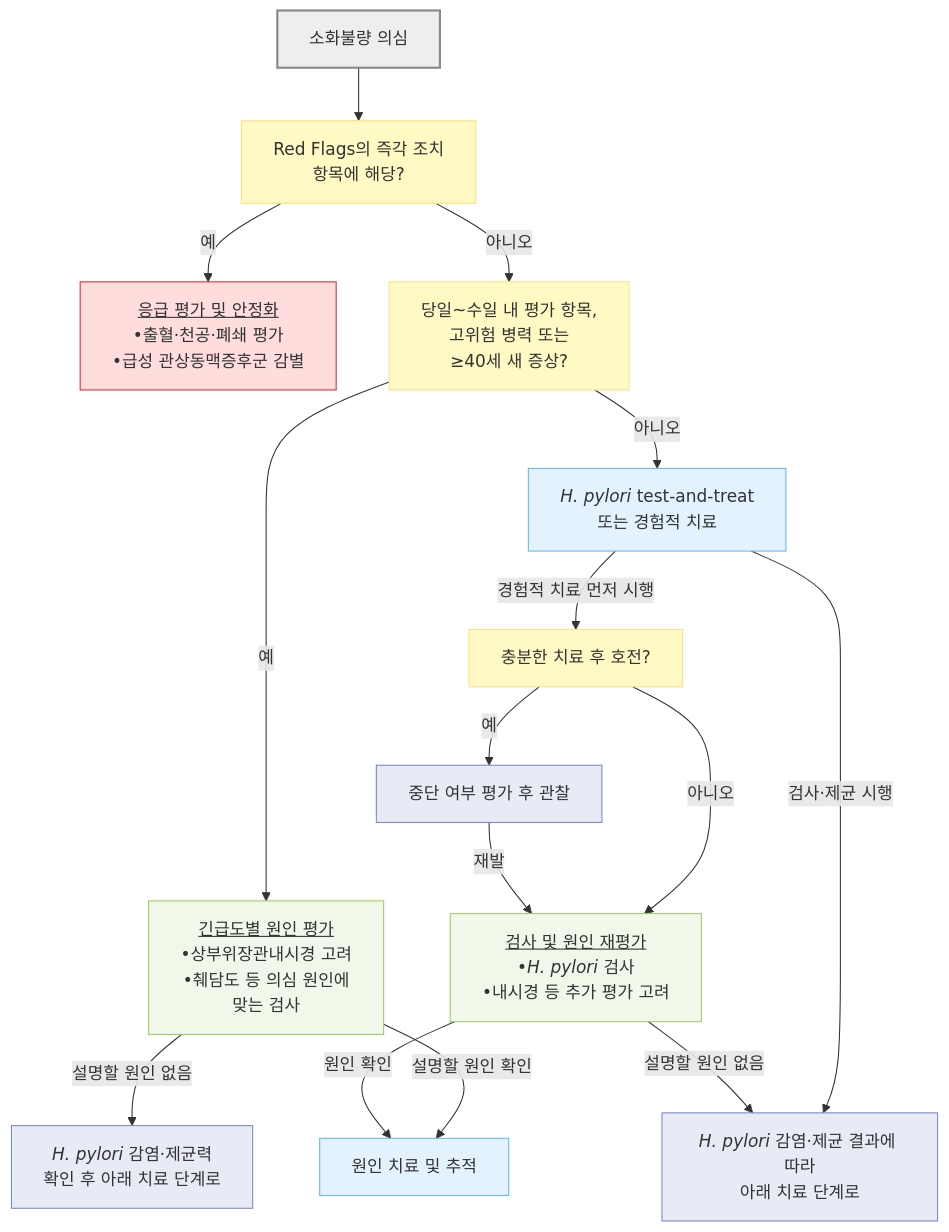
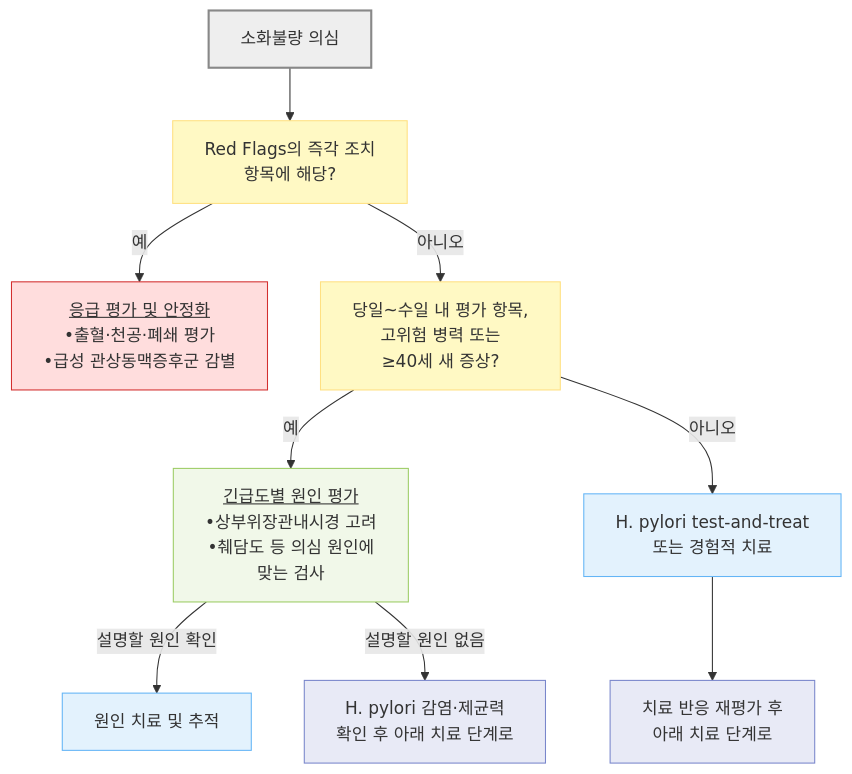
Before and after one commit to familyoh77/familyoh77: the first of 2 diagrams in 224_/075_-indigestion-dyspepsia.md, drawn with Mermaid. The commit also changed other lines of this file and 1 other file, not shown here.

````diff
--- a/224_/075_-indigestion-dyspepsia.md
+++ b/224_/075_-indigestion-dyspepsia.md
@@ -293,28 +292,22 @@
 ```mermaid
 flowchart TD
     A["소화불량 의심"] --> B["Red Flags의 즉각 조치<br/>항목에 해당?"]
     B -- "예" --> C["<u>응급 평가 및 안정화</u><br/>•출혈·천공·폐쇄 평가<br/>•급성 관상동맥증후군 감별"]
     B -- "아니오" --> D["당일~수일 내 평가 항목,<br/>고위험 병력 또는<br/>≥40세 새 증상?"]
     D -- "예" --> E["<u>긴급도별 원인 평가</u><br/>•상부위장관내시경 고려<br/>•췌담도 등 의심 원인에<br/>맞는 검사"]
-    D -- "아니오" --> F["<i>H. pylori</i> test-and-treat<br/>또는 경험적 치료"]
+    D -- "아니오" --> F["H. pylori test-and-treat<br/>또는 경험적 치료"]
     E -- "설명할 원인 확인" --> G["원인 치료 및 추적"]
-    E -- "설명할 원인 없음" --> H["<i>H. pylori</i> 감염·제균력<br/>확인 후 아래 치료 단계로"]
-    F -- "검사·제균 시행" --> I["<i>H. pylori</i> 감염·제균 결과에 따라<br/>아래 치료 단계로"]
-    F -- "경험적 치료 먼저 시행" --> J["충분한 치료 후 호전?"]
-    J -- "예" --> K["중단 여부 평가 후 관찰"]
-    J -- "아니오" --> L["<u>검사 및 원인 재평가</u><br/>•<i>H. pylori</i> 검사<br/>•내시경 등 추가 평가 고려"]
-    K -- "재발" --> L
-    L -- "설명할 원인 없음" --> I
-    L -- "원인 확인" --> G
+    E -- "설명할 원인 없음" --> H["H. pylori 감염·제균력<br/>확인 후 아래 치료 단계로"]
+    F --> I["치료 반응 재평가 후<br/>아래 치료 단계로"]
     classDef question fill:#fff9c4,stroke:#ffe082
     classDef treatment fill:#e3f2fd,stroke:#64b5f6
     classDef examination fill:#f1f8e9,stroke:#9ccc65
     classDef danger fill:#ffdddd,stroke:#d32f2f
     classDef transition fill:#e8eaf6,stroke:#7986cb
-    class B,D,J question
+    class B,D question
     class F,G treatment
-    class E,L examination
+    class E examination
     class C danger
-    class H,I,K transition
+    class H,I transition
     style A fill:#eeeeee,stroke:#888888,stroke-width:2px
 ```
````
